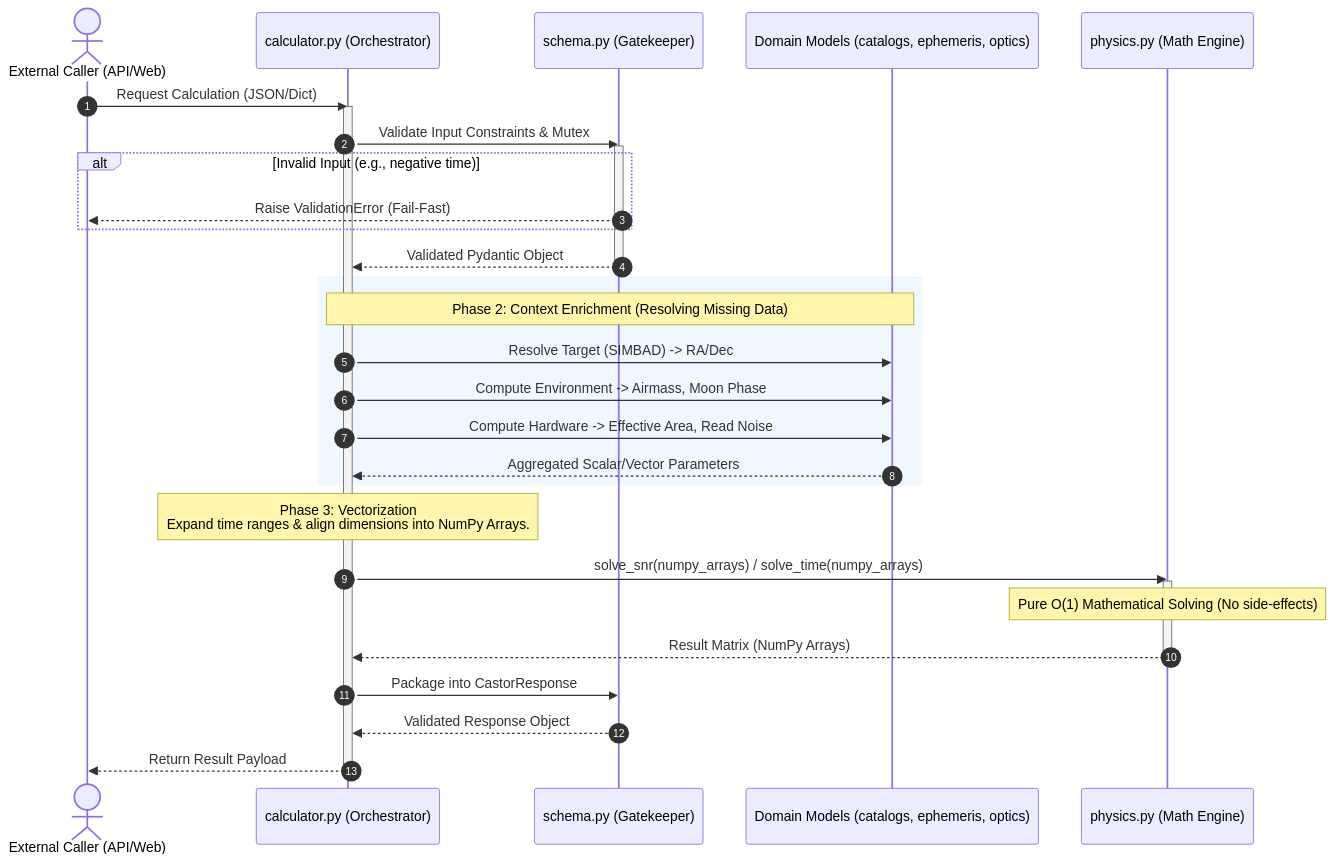
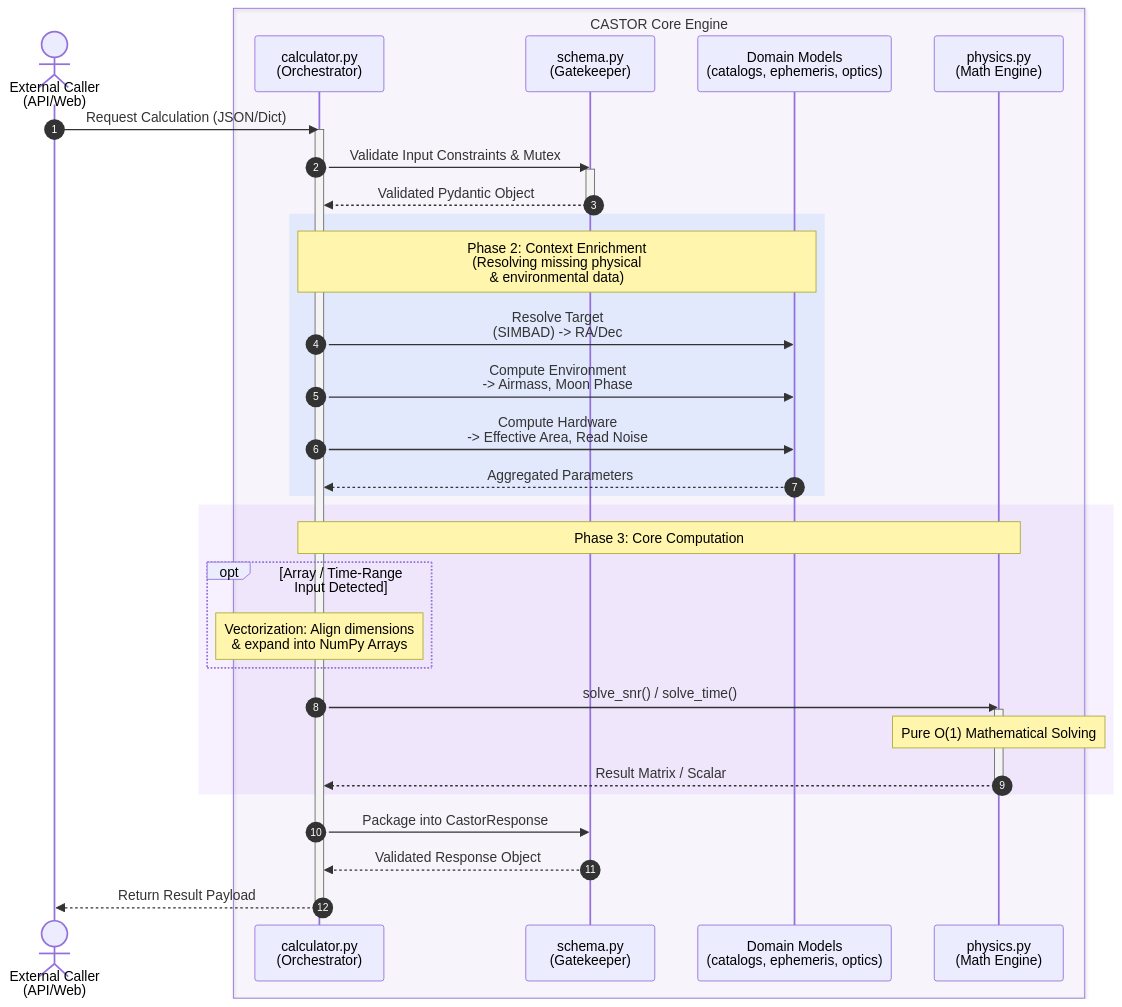
Before and after one commit to happpycorn/CASTOR: the second of 2 diagrams in docs/architecture.md, drawn with Mermaid. The commit also changed other lines of this file, not shown here.

Commit message:
update mermaid

````diff
--- a/docs/architecture.md
+++ b/docs/architecture.md
@@ -163,45 +163,55 @@
 ```mermaid
 sequenceDiagram
     autonumber
-    actor Client as External Caller (API/Web)
-    participant Calc as calculator.py (Orchestrator)
-    participant Schema as schema.py (Gatekeeper)
-    participant Domain as Domain Models (catalogs, ephemeris, optics)
-    participant Physics as physics.py (Math Engine)
+    
+    %% 將過長的名字加上 <br/> 來節省橫向空間
+    actor Client as External Caller<br/>(API/Web)
+    
+    %% 使用 rgba 產生淡淡的紫色光暈，對齊 Flowchart 的 CASTOR 外框
+    box rgba(168, 113, 255, 0.05) CASTOR Core Engine
+        participant Calc as calculator.py<br/>(Orchestrator)
+        participant Schema as schema.py<br/>(Gatekeeper)
+        participant Domain as Domain Models<br/>(catalogs, ephemeris, optics)
+        participant Physics as physics.py<br/>(Math Engine)
+    end
 
     %% Phase 1: Ingress & Validation
     Client->>Calc: Request Calculation (JSON/Dict)
     activate Calc
     Calc->>Schema: Validate Input Constraints & Mutex
     activate Schema
-    alt Invalid Input (e.g., negative time)
-        Schema-->>Client: Raise ValidationError (Fail-Fast)
-    end
     Schema-->>Calc: Validated Pydantic Object
     deactivate Schema
 
-    %% Phase 2: Context Enrichment
-    rect rgb(240, 248, 255)
-        Note over Calc, Domain: Phase 2: Context Enrichment (Resolving Missing Data)
-        Calc->>Domain: Resolve Target (SIMBAD) -> RA/Dec
-        Calc->>Domain: Compute Environment -> Airmass, Moon Phase
-        Calc->>Domain: Compute Hardware -> Effective Area, Read Noise
-        Domain-->>Calc: Aggregated Scalar/Vector Parameters
+    %% Phase 2: Context Enrichment (Kinder 藍色背景)
+    rect rgba(43, 140, 255, 0.1)
+        Note over Calc, Domain: Phase 2: Context Enrichment<br/>(Resolving missing physical<br/>& environmental data)
+        
+        %% 將過長的動作標籤折行
+        Calc->>Domain: Resolve Target<br/>(SIMBAD) -> RA/Dec
+        Calc->>Domain: Compute Environment<br/>-> Airmass, Moon Phase
+        Calc->>Domain: Compute Hardware<br/>-> Effective Area, Read Noise
+        Domain-->>Calc: Aggregated Parameters
     end
 
-    %% Phase 3: Vectorization
-    Note over Calc: Phase 3: Vectorization<br/>Expand time ranges & align dimensions into NumPy Arrays.
+    %% Phase 3: Core Computation (CASTOR 紫色背景)
+    rect rgba(168, 113, 255, 0.1)
+        Note over Calc, Physics: Phase 3: Core Computation
+        
+        opt Array / Time-Range Input Detected
+            Note over Calc: Vectorization: Align dimensions<br/>& expand into NumPy Arrays
+        end
+        
+        Calc->>Physics: solve_snr() / solve_time()
+        activate Physics
+        Note over Physics: Pure O(1) Mathematical Solving
+        Physics-->>Calc: Result Matrix / Scalar
+        deactivate Physics
+    end
 
-    %% Phase 4: Core Computation
-    Calc->>Physics: solve_snr(numpy_arrays) / solve_time(numpy_arrays)
-    activate Physics
-    Note over Physics: Pure O(1) Mathematical Solving (No side-effects)
-    Physics-->>Calc: Result Matrix (NumPy Arrays)
-    deactivate Physics
-
-    %% Phase 5: Egress
+    %% Phase 4: Egress
     Calc->>Schema: Package into CastorResponse
     Schema-->>Calc: Validated Response Object
     Calc-->>Client: Return Result Payload
     deactivate Calc
 ```
````
